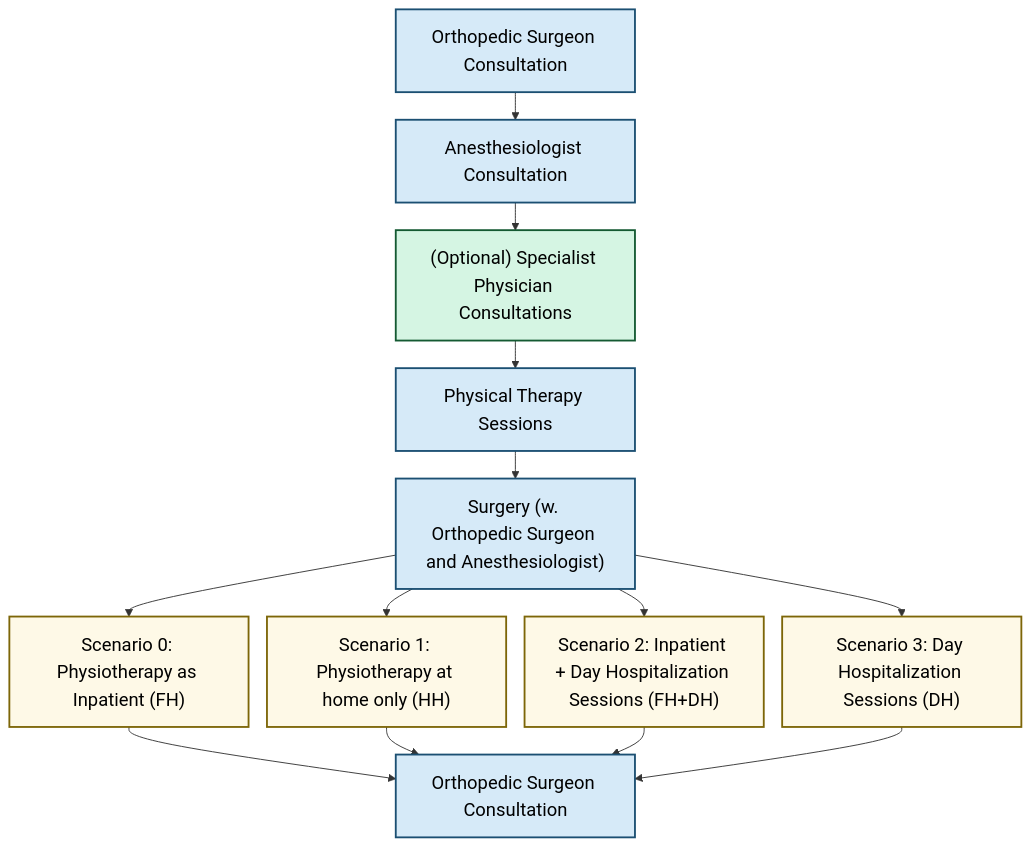
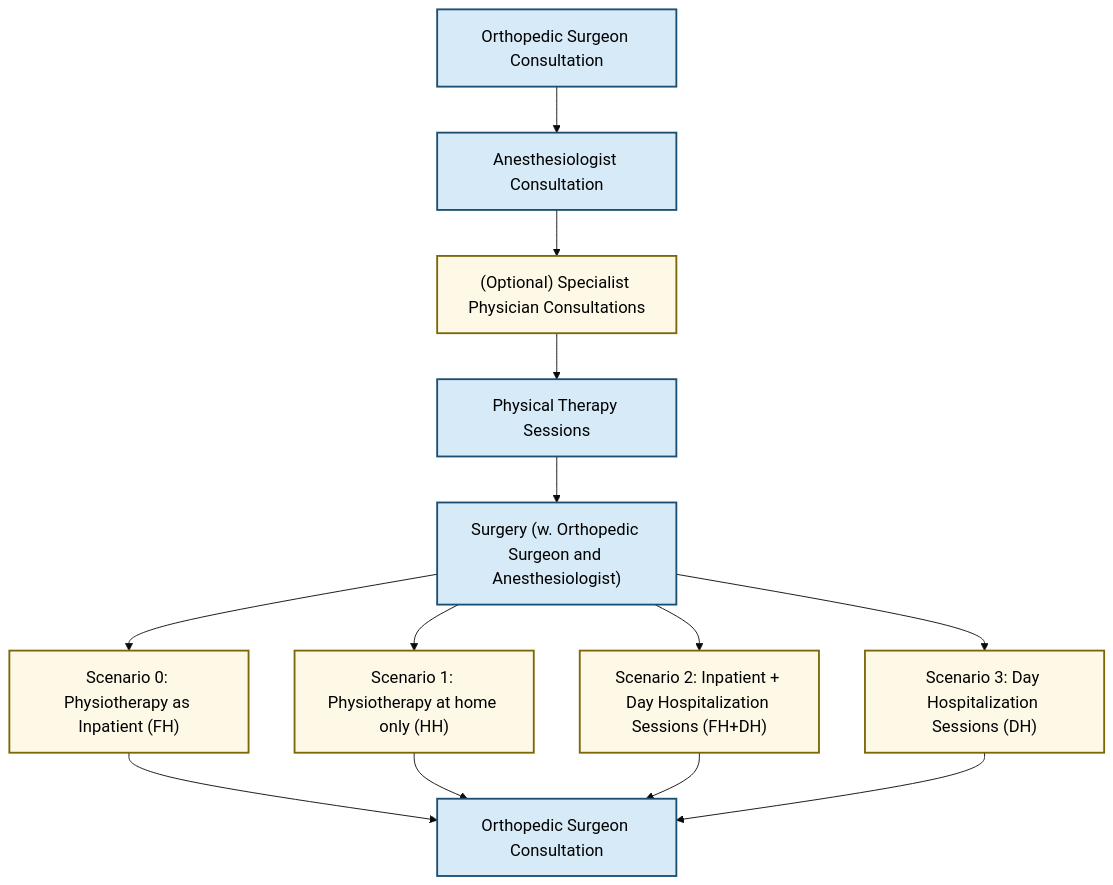
Before and after one commit to omar-rifai/safepaw: the diagram in docs/instance_pthptg.qmd, drawn with Mermaid. The commit also changed 1 other file, not shown here.

Commit message:
Update pth ptg docs

````diff
--- a/docs/instance_pthptg.qmd
+++ b/docs/instance_pthptg.qmd
@@ -85,28 +85,24 @@
 ```{mermaid}
-%%{init: {
-  'themeVariables': { 'fontSize': '20px' },
-  'flowchart': { 'nodeSpacing': 20, 'rankSpacing': 30 }
-}}%%
+%%{init: {'theme': 'base', 'themeVariables': { 'fontSize': '18px', 'fontFamily': 'Inter'}}}%%
 graph TD
   A["Orthopedic Surgeon Consultation"] --> B["Anesthesiologist Consultation"]
   B --> C["(Optional) Specialist Physician Consultations"]
   C --> D["Physical Therapy Sessions"]
   D --> E["Surgery (w. Orthopedic Surgeon and Anesthesiologist)"]
   E --> F1["Scenario 0: Physiotherapy as Inpatient (FH)"]
   E --> F2["Scenario 1: Physiotherapy at home only (HH)"]
   E --> F3["Scenario 2: Inpatient + Day Hospitalization Sessions (FH+DH)"]
   E --> F4["Scenario 3: Day Hospitalization Sessions (DH)"]
   F1 --> G["Orthopedic Surgeon Consultation"]
   F2 --> G
   F3 --> G
   F4 --> G
   
  %% Styling
   classDef default fill:#d6eaf8,stroke:#1b4f72,stroke-width:2px,color:#000;
   classDef optional fill:#d5f5e3,stroke:#145a32,stroke-width:2px,color:#000;
   classDef scenario fill:#fef9e7,stroke:#7d6608,stroke-width:2px,color:#000;
 
   class A,B,D,E,G default;
-  class C optional;
-  class F1,F2,F3,F4 scenario;
+  class C,F1,F2,F3,F4 scenario;
 ```
````
